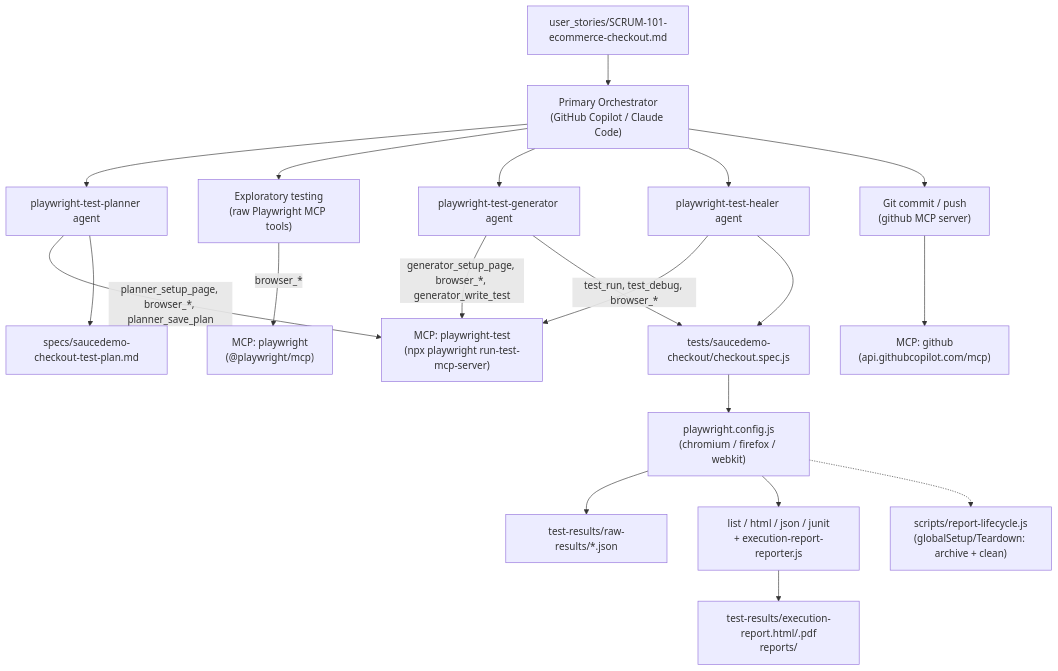
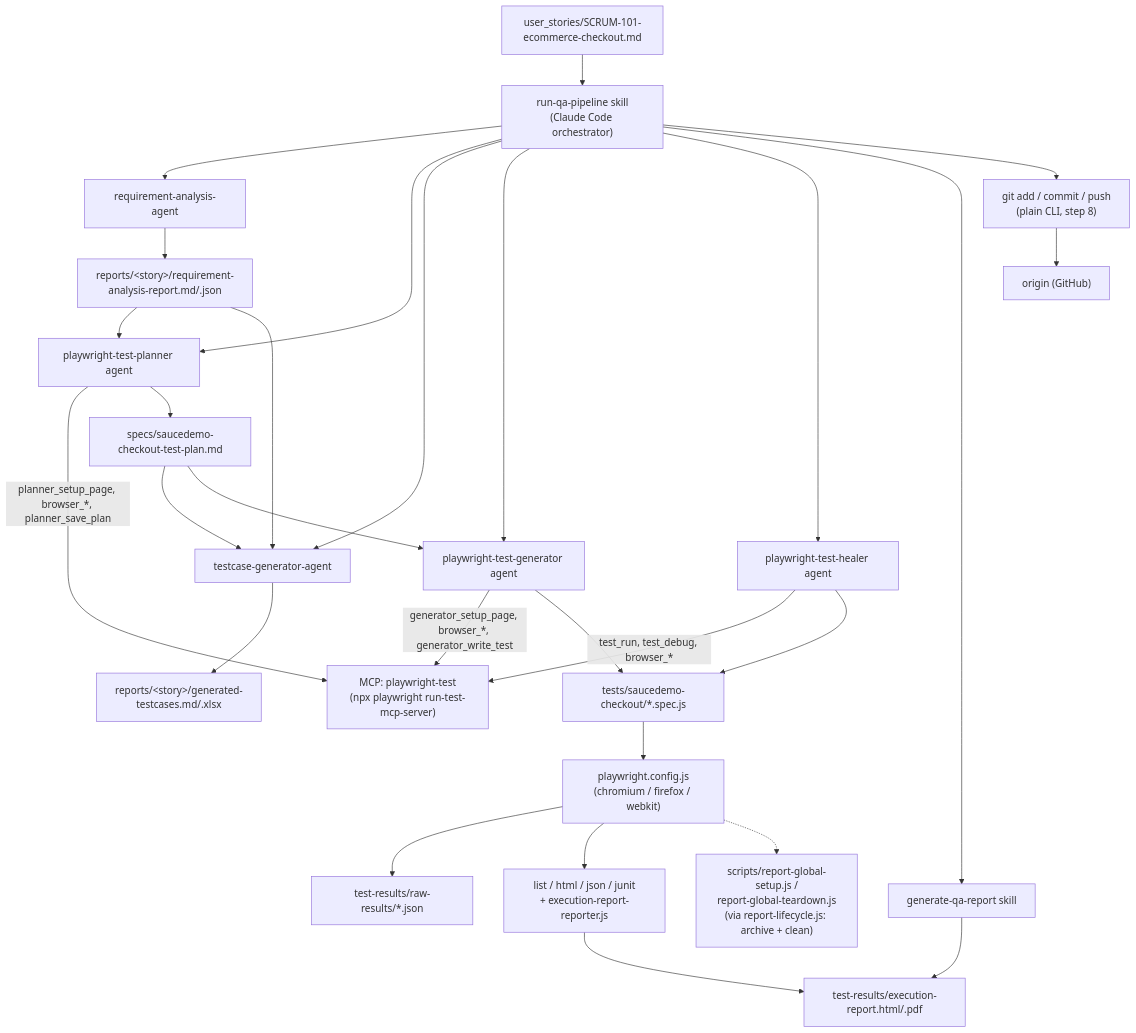
The first of 2 diagrams in ARCHITECTURE.md (SauradeepMukherjee/Play_wright_Demo_App_new), drawn with Mermaid before and after one commit. The commit also changed other lines of this file and 14 other files, not shown here.

````diff
--- a/ARCHITECTURE.md
+++ b/ARCHITECTURE.md
@@ -8,27 +8,35 @@
 ```mermaid
 flowchart TD
-    US["user_stories/SCRUM-101-ecommerce-checkout.md"] --> ORCH["Primary Orchestrator\n(GitHub Copilot / Claude Code)"]
+    US["user_stories/SCRUM-101-ecommerce-checkout.md"] --> ORCH["run-qa-pipeline skill\n(Claude Code orchestrator)"]
 
+    ORCH --> REQ["requirement-analysis-agent"]
     ORCH --> PLANNER["playwright-test-planner agent"]
-    ORCH --> EXPLORE["Exploratory testing\n(raw Playwright MCP tools)"]
+    ORCH --> TC["testcase-generator-agent"]
     ORCH --> GEN["playwright-test-generator agent"]
     ORCH --> HEAL["playwright-test-healer agent"]
-    ORCH --> GIT["Git commit / push\n(github MCP server)"]
+    ORCH --> REPORT["generate-qa-report skill"]
+    ORCH --> GIT["git add / commit / push\n(plain CLI, step 8)"]
 
+    REQ --> REQREPORT["reports/&lt;story&gt;/requirement-analysis-report.md/.json"]
     PLANNER -- "planner_setup_page, browser_*, planner_save_plan" --> MCP_PT["MCP: playwright-test\n(npx playwright run-test-mcp-server)"]
+    TC --> TCOUT["reports/&lt;story&gt;/generated-testcases.md/.xlsx"]
     GEN -- "generator_setup_page, browser_*, generator_write_test" --> MCP_PT
     HEAL -- "test_run, test_debug, browser_*" --> MCP_PT
-    EXPLORE -- "browser_*" --> MCP_PW["MCP: playwright\n(@playwright/mcp)"]
-    GIT --> MCP_GH["MCP: github\n(api.githubcopilot.com/mcp)"]
+    GIT --> REPO["origin (GitHub)"]
 
+    REQREPORT --> PLANNER
+    REQREPORT --> TC
     PLANNER --> PLAN["specs/saucedemo-checkout-test-plan.md"]
-    GEN --> SPEC["tests/saucedemo-checkout/checkout.spec.js"]
+    PLAN --> TC
+    PLAN --> GEN
+    GEN --> SPEC["tests/saucedemo-checkout/*.spec.js"]
     HEAL --> SPEC
 
     SPEC --> RUNNER["playwright.config.js\n(chromium / firefox / webkit)"]
     RUNNER --> RESULTS["test-results/raw-results/*.json"]
     RUNNER --> REPORTERS["list / html / json / junit\n+ execution-report-reporter.js"]
-    REPORTERS --> DASH["test-results/execution-report.html/.pdf\nreports/"]
+    REPORTERS --> DASH["test-results/execution-report.html/.pdf"]
+    REPORT --> DASH
 
-    RUNNER -.-> LIFECYCLE["scripts/report-lifecycle.js\n(globalSetup/Teardown: archive + clean)"]
+    RUNNER -.-> LIFECYCLE["scripts/report-global-setup.js /\nreport-global-teardown.js\n(via report-lifecycle.js: archive + clean)"]
 ```
````
